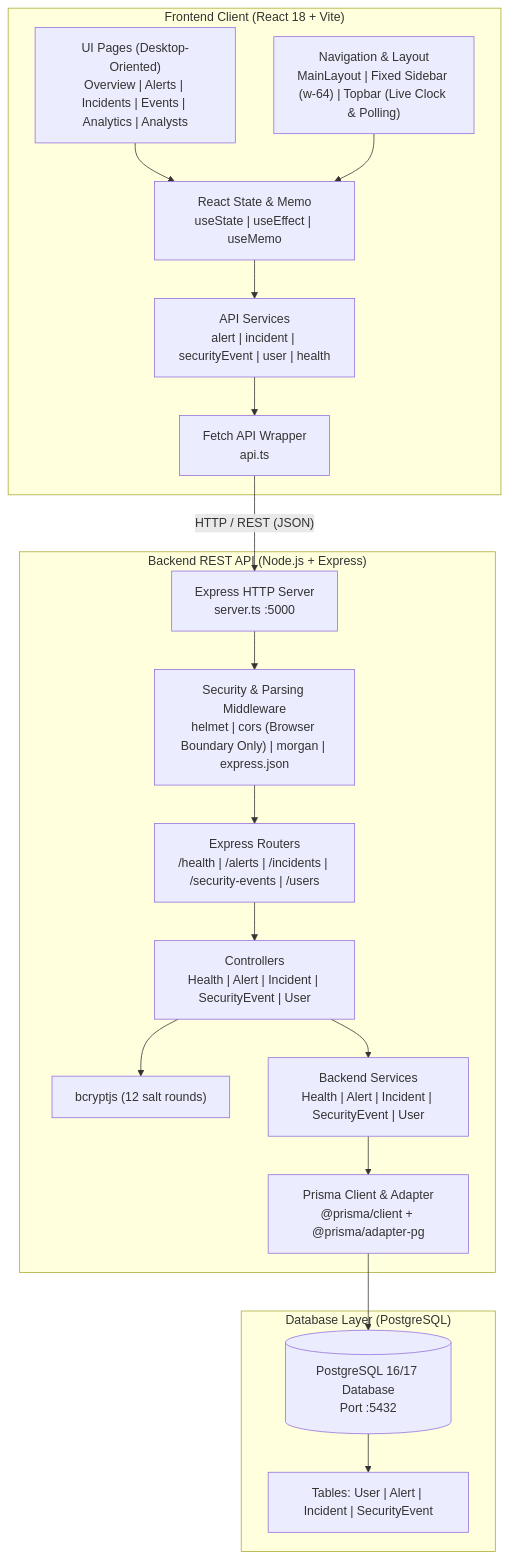
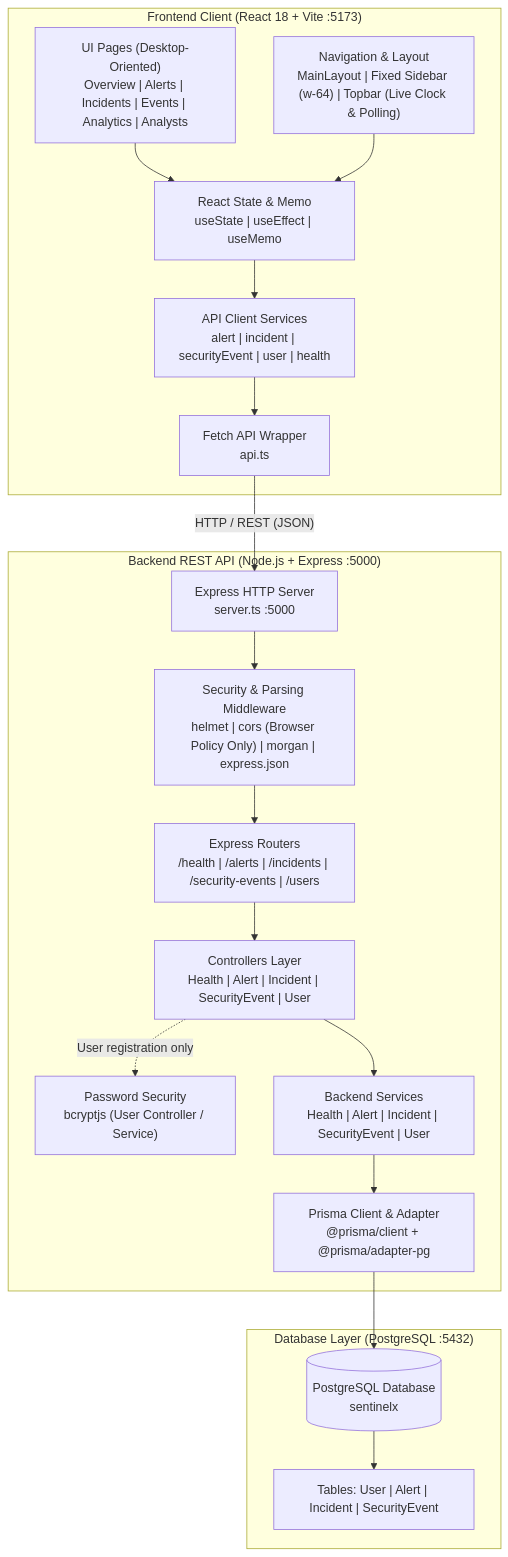
Before and after one commit to naethenmat19/SentinelIX: the second of 2 diagrams in docs/SentinelX_Technical_Analysis.md, drawn with Mermaid. The commit also changed other lines of this file and 9 other files, not shown here.

Commit message:
docs: finalize technical analysis with diagrams and screenshots

````diff
--- a/docs/SentinelX_Technical_Analysis.md
+++ b/docs/SentinelX_Technical_Analysis.md
@@ -484,42 +560,42 @@
 ```mermaid
 flowchart TD
-    subgraph Client["Frontend Client (React 18 + Vite)"]
+    subgraph Client["Frontend Client (React 18 + Vite :5173)"]
         UI["UI Pages (Desktop-Oriented)<br/>Overview | Alerts | Incidents | Events | Analytics | Analysts"]
         Nav["Navigation & Layout<br/>MainLayout | Fixed Sidebar (w-64) | Topbar (Live Clock & Polling)"]
         State["React State & Memo<br/>useState | useEffect | useMemo"]
-        Services["API Services<br/>alert | incident | securityEvent | user | health"]
+        Services["API Client Services<br/>alert | incident | securityEvent | user | health"]
         Fetch["Fetch API Wrapper<br/>api.ts"]
-        
+
         UI --> State
         Nav --> State
         State --> Services
         Services --> Fetch
     end
 
-    subgraph Server["Backend REST API (Node.js + Express)"]
+    subgraph Server["Backend REST API (Node.js + Express :5000)"]
         HTTP["Express HTTP Server<br/>server.ts :5000"]
-        MW["Security & Parsing Middleware<br/>helmet | cors (Browser Boundary Only) | morgan | express.json"]
+        MW["Security & Parsing Middleware<br/>helmet | cors (Browser Policy Only) | morgan | express.json"]
         Router["Express Routers<br/>/health | /alerts | /incidents | /security-events | /users"]
-        Controllers["Controllers<br/>Health | Alert | Incident | SecurityEvent | User"]
-        Bcrypt["bcryptjs (12 salt rounds)"]
+        Controllers["Controllers Layer<br/>Health | Alert | Incident | SecurityEvent | User"]
+        Bcrypt["Password Security<br/>bcryptjs (User Controller / Service)"]
         ServicesBackend["Backend Services<br/>Health | Alert | Incident | SecurityEvent | User"]
         PrismaClient["Prisma Client & Adapter<br/>@prisma/client + @prisma/adapter-pg"]
 
         HTTP --> MW
         MW --> Router
         Router --> Controllers
-        Controllers --> Bcrypt
         Controllers --> ServicesBackend
+        Controllers -.->|"User registration only"| Bcrypt
         ServicesBackend --> PrismaClient
     end
 
-    subgraph Storage["Database Layer (PostgreSQL)"]
-        PG[("PostgreSQL 16/17 Database<br/>Port :5432")]
+    subgraph Storage["Database Layer (PostgreSQL :5432)"]
+        PG[("PostgreSQL Database<br/>sentinelx")]
         Tables["Tables: User | Alert | Incident | SecurityEvent"]
-        
+
         PrismaClient --> PG
         PG --> Tables
     end
 
     Fetch -->|"HTTP / REST (JSON)"| HTTP
 ```
````
